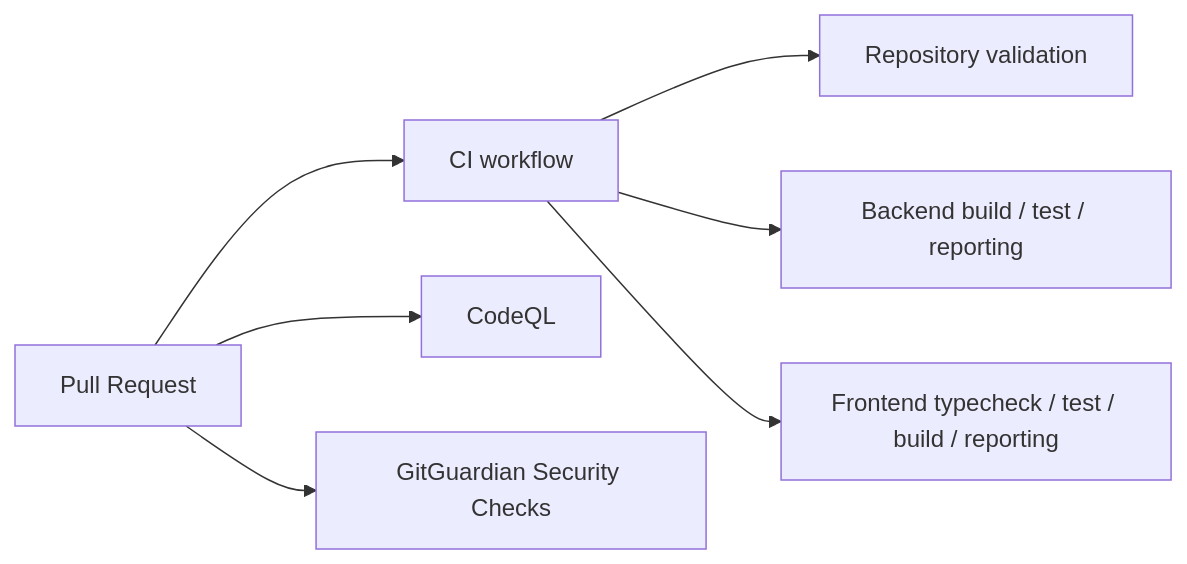
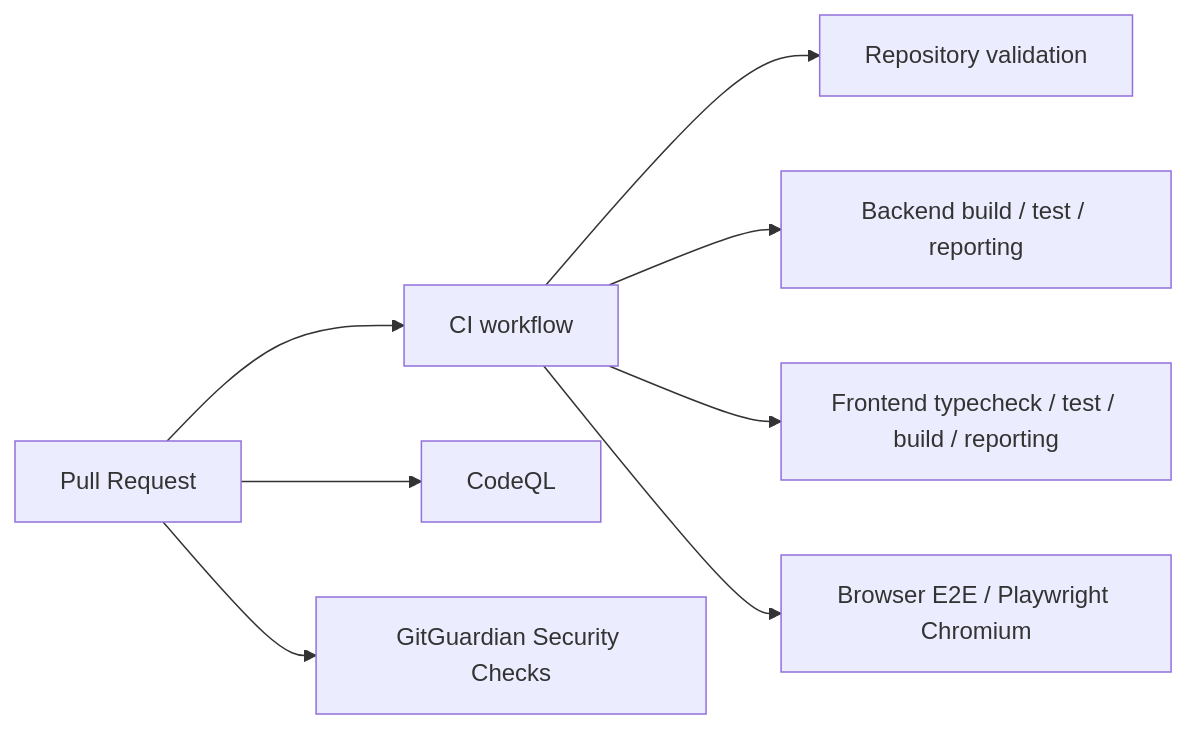
One commit to Samska/samska-sandbox changed the second of 2 diagrams in README.md. Above: the diagram before and after it, drawn with Mermaid. The commit also changed other lines of this file and 20 other files, not shown here.

````diff
--- a/README.md
+++ b/README.md
@@ -123,9 +124,10 @@
 ```mermaid
 flowchart LR
     PR[Pull Request] --> CI[CI workflow]
     CI --> Repo[Repository validation]
     CI --> Backend[Backend build / test / reporting]
     CI --> Frontend[Frontend typecheck / test / build / reporting]
+    CI --> E2E[Browser E2E / Playwright Chromium]
     PR --> CodeQL[CodeQL]
     PR --> GG[GitGuardian Security Checks]
 ```
````
